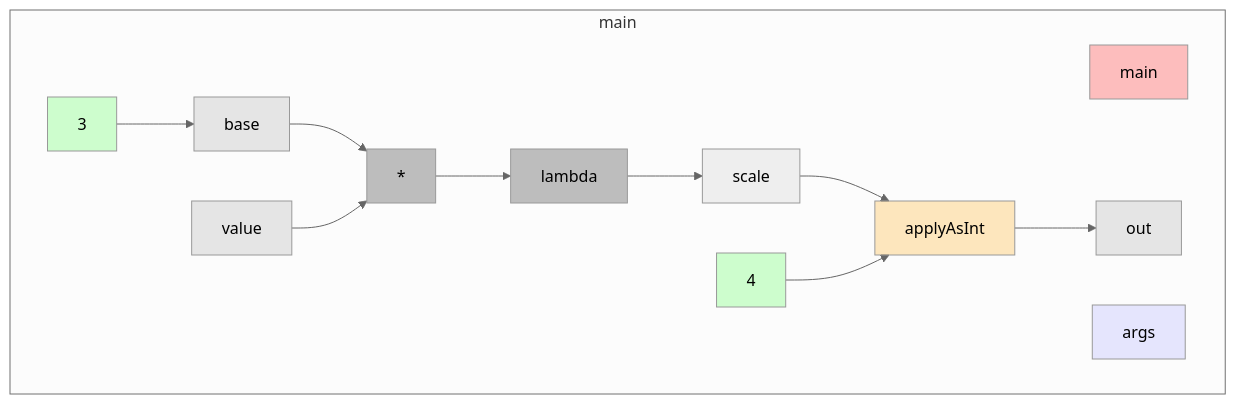
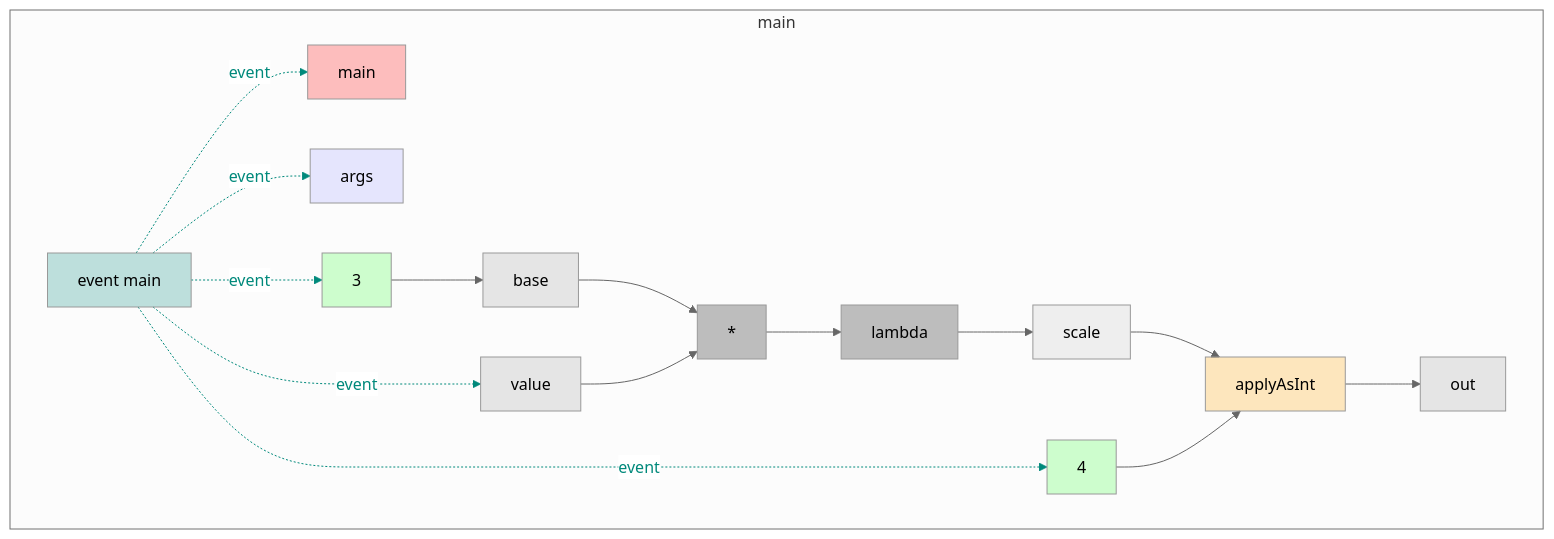
One commit to gstiebler/codeflow changed the diagram in app/src/test/resources/lambda/snapshot.md. Above: the diagram before and after it, drawn with Mermaid (neutral theme). The commit also changed 77 other files, not shown here.

````diff
--- a/app/src/test/resources/lambda/snapshot.md
+++ b/app/src/test/resources/lambda/snapshot.md
@@ -1,31 +1,43 @@
 ```mermaid
 flowchart TD
   subgraph b0["main"]
-    n1[main]:::RETURN
-    n2[args]:::FUNC_PARAM
-    n3[3]:::LITERAL
-    n4[base]:::VARIABLE
-    n5[value]:::VARIABLE
-    n6[*]:::BIN_OP
-    n7[lambda]:::BIN_OP
-    n8[scale]:::OBJ_VARIABLE
-    n9[4]:::LITERAL
-    n10[applyAsInt]:::EXTERNAL
-    n11[out]:::VARIABLE
-    n3[3]:::LITERAL --> n4[base]:::VARIABLE
-    n4[base]:::VARIABLE --> n6[*]:::BIN_OP
-    n5[value]:::VARIABLE --> n6[*]:::BIN_OP
-    n6[*]:::BIN_OP --> n7[lambda]:::BIN_OP
-    n7[lambda]:::BIN_OP --> n8[scale]:::OBJ_VARIABLE
-    n8[scale]:::OBJ_VARIABLE --> n10[applyAsInt]:::EXTERNAL
-    n9[4]:::LITERAL --> n10[applyAsInt]:::EXTERNAL
-    n10[applyAsInt]:::EXTERNAL --> n11[out]:::VARIABLE
+    n1[event main]:::EVENT
+    n2[main]:::RETURN
+    n3[args]:::FUNC_PARAM
+    n4[3]:::LITERAL
+    n5[base]:::VARIABLE
+    n6[value]:::VARIABLE
+    n7[*]:::BIN_OP
+    n8[lambda]:::BIN_OP
+    n9[scale]:::OBJ_VARIABLE
+    n10[4]:::LITERAL
+    n11[applyAsInt]:::EXTERNAL
+    n12[out]:::VARIABLE
+    n1[event main]:::EVENT -. event .-> n2[main]:::RETURN
+    n1[event main]:::EVENT -. event .-> n3[args]:::FUNC_PARAM
+    n1[event main]:::EVENT -. event .-> n4[3]:::LITERAL
+    n1[event main]:::EVENT -. event .-> n6[value]:::VARIABLE
+    n1[event main]:::EVENT -. event .-> n10[4]:::LITERAL
+    n4[3]:::LITERAL --> n5[base]:::VARIABLE
+    n5[base]:::VARIABLE --> n7[*]:::BIN_OP
+    n6[value]:::VARIABLE --> n7[*]:::BIN_OP
+    n7[*]:::BIN_OP --> n8[lambda]:::BIN_OP
+    n8[lambda]:::BIN_OP --> n9[scale]:::OBJ_VARIABLE
+    n9[scale]:::OBJ_VARIABLE --> n11[applyAsInt]:::EXTERNAL
+    n10[4]:::LITERAL --> n11[applyAsInt]:::EXTERNAL
+    n11[applyAsInt]:::EXTERNAL --> n12[out]:::VARIABLE
   end
+  linkStyle 0 stroke:#00897b,color:#00897b
+  linkStyle 1 stroke:#00897b,color:#00897b
+  linkStyle 2 stroke:#00897b,color:#00897b
+  linkStyle 3 stroke:#00897b,color:#00897b
+  linkStyle 4 stroke:#00897b,color:#00897b
   classDef LITERAL fill:#00FF0030
   classDef VARIABLE fill:#80808030
   classDef BIN_OP fill:#80808080
   classDef FUNC_PARAM fill:#8080FF30
   classDef RETURN fill:#FF808080
   classDef EXTERNAL fill:#FFA50040
   classDef UNMODELLED fill:#FF000030,stroke-dasharray: 4 2
+  classDef EVENT fill:#00897B40
 ```
````
